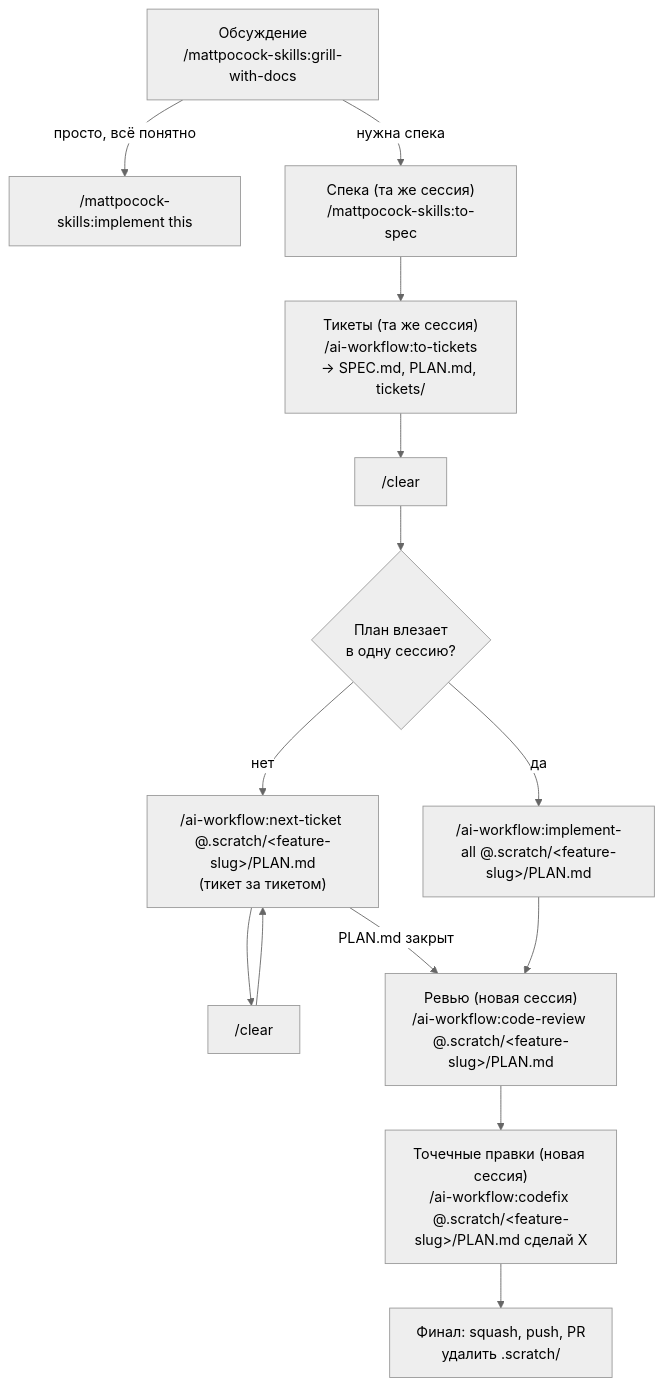
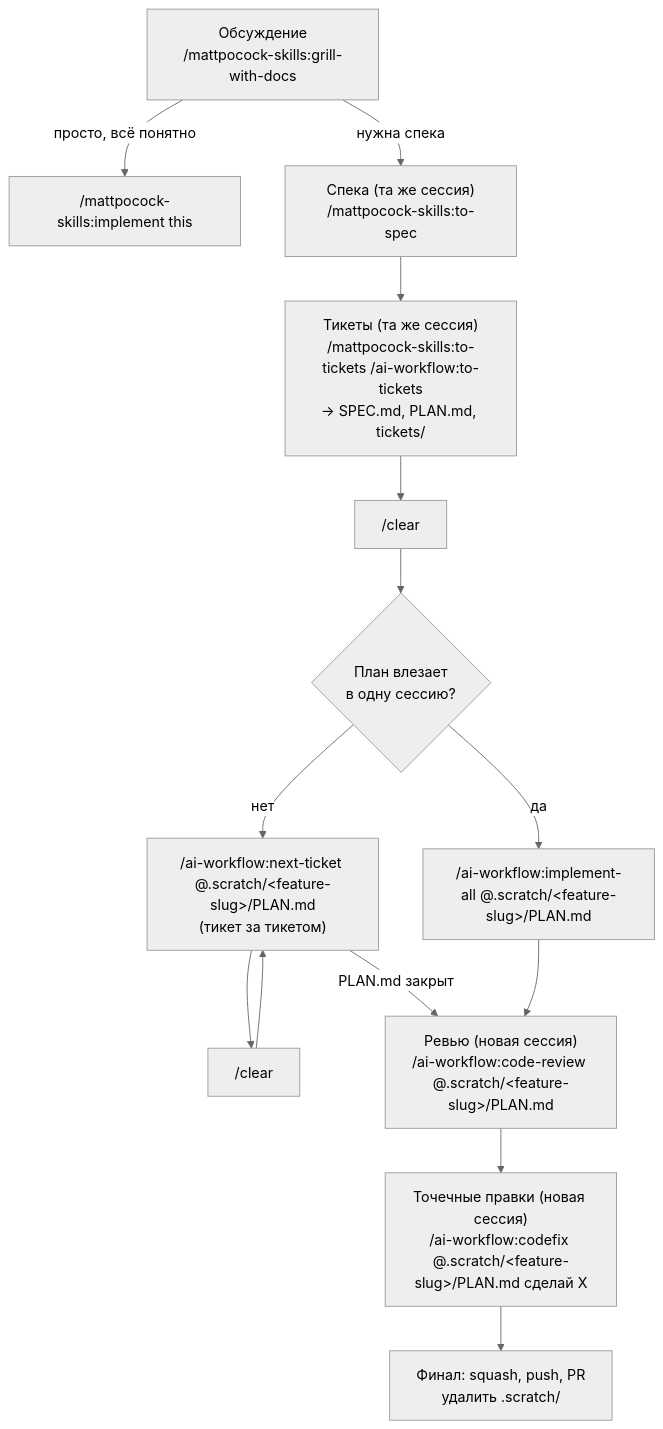
Before and after one commit to Whatislove118/AI-Workflow: the diagram in README.md, drawn with Mermaid (neutral theme). The commit also changed other lines of this file and 1 other file, not shown here.

````diff
--- a/README.md
+++ b/README.md
@@ -45,16 +45,16 @@
 ```mermaid
 flowchart TD
     A["Обсуждение\n/mattpocock-skills:grill-with-docs"]
     A -- "просто, всё понятно" --> B["/mattpocock-skills:implement this"]
     A -- "нужна спека" --> C["Спека (та же сессия)\n/mattpocock-skills:to-spec"]
-    C --> D["Тикеты (та же сессия)\n/ai-workflow:to-tickets\n→ SPEC.md, PLAN.md, tickets/"]
+    C --> D["Тикеты (та же сессия)\n/mattpocock-skills:to-tickets /ai-workflow:to-tickets\n→ SPEC.md, PLAN.md, tickets/"]
     D --> E["/clear"]
     E --> F{"План влезает\nв одну сессию?"}
     F -- да --> G["/ai-workflow:implement-all @.scratch/#lt;feature-slug#gt;/PLAN.md"]
     F -- нет --> H["/ai-workflow:next-ticket @.scratch/#lt;feature-slug#gt;/PLAN.md\n(тикет за тикетом)"]
     H --> I["/clear"] --> H
     H -- "PLAN.md закрыт" --> J
     G --> J["Ревью (новая сессия)\n/ai-workflow:code-review @.scratch/#lt;feature-slug#gt;/PLAN.md"]
     J --> K["Точечные правки (новая сессия)\n/ai-workflow:codefix @.scratch/#lt;feature-slug#gt;/PLAN.md сделай X"]
     K --> L["Финал: squash, push, PR\nудалить .scratch/"]
 ```
````
